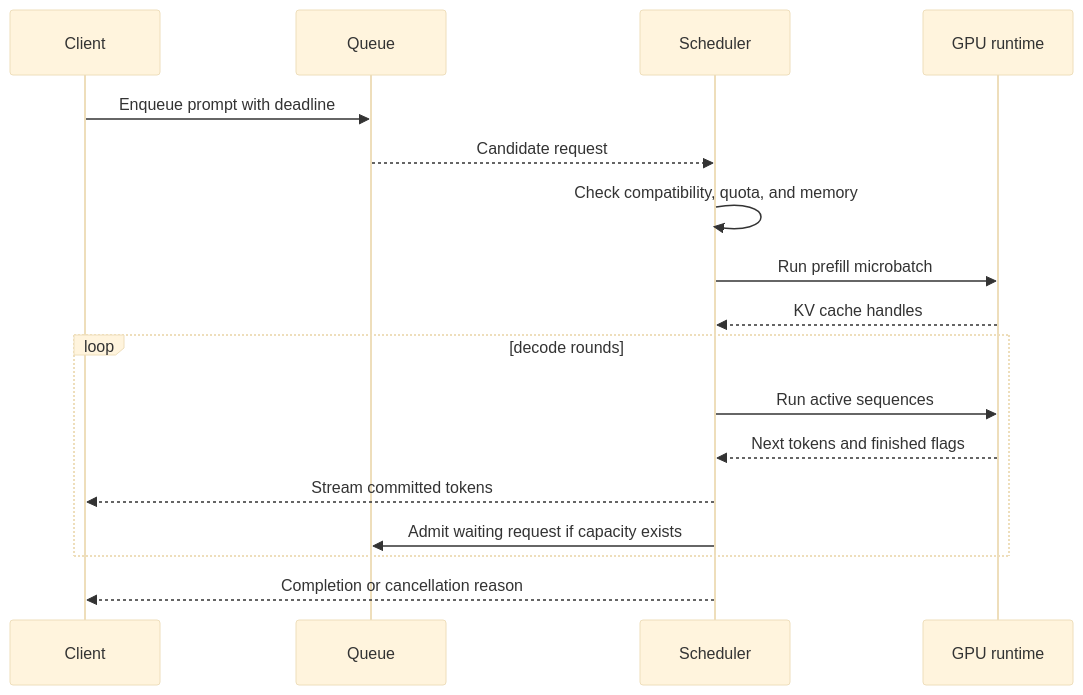
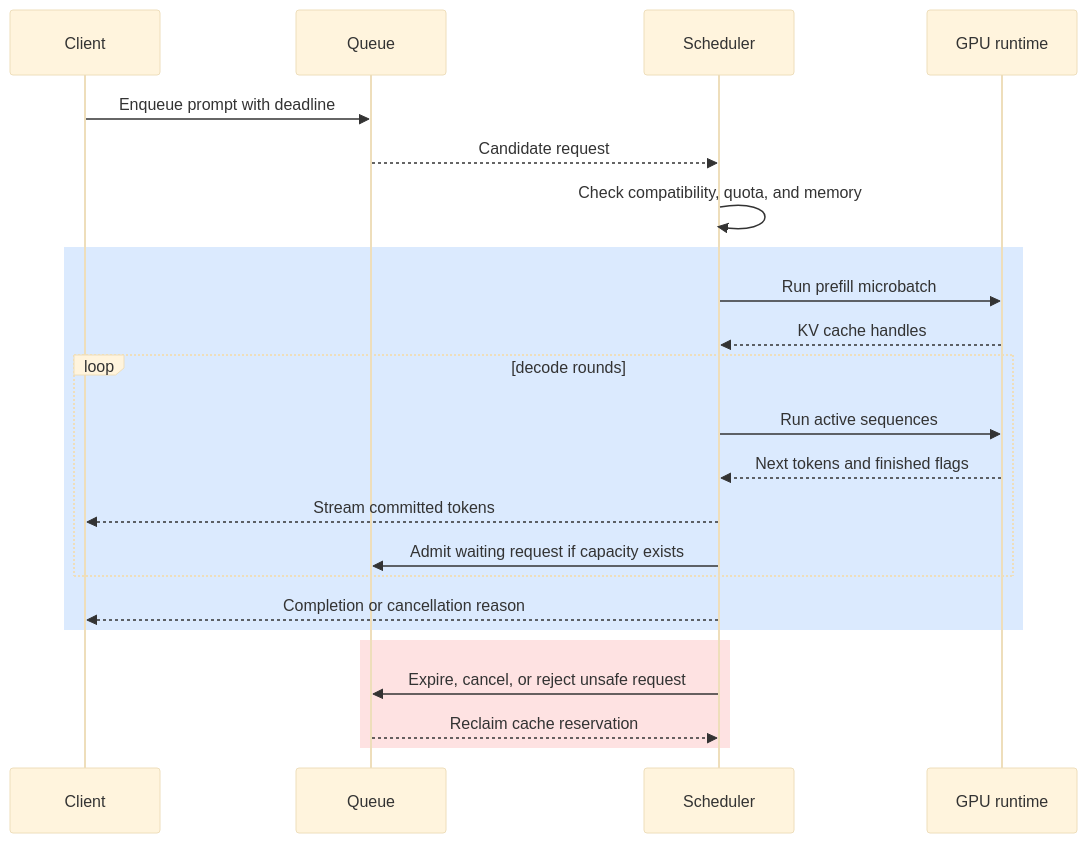
Before and after one commit to souradeepta/ai-monthly-concepts: the second of 2 diagrams in months/2026-07/18-inference-batching.md, drawn with Mermaid (base theme). The commit also changed other lines of this file and 21 other files, not shown here.

````diff
--- a/months/2026-07/18-inference-batching.md
+++ b/months/2026-07/18-inference-batching.md
@@ -59,19 +61,25 @@
 ```mermaid
 sequenceDiagram
   participant U as Client
   participant Q as Queue
   participant S as Scheduler
   participant G as GPU runtime
   U->>Q: Enqueue prompt with deadline
   Q-->>S: Candidate request
   S->>S: Check compatibility, quota, and memory
-  S->>G: Run prefill microbatch
-  G-->>S: KV cache handles
-  loop decode rounds
-    S->>G: Run active sequences
-    G-->>S: Next tokens and finished flags
-    S-->>U: Stream committed tokens
-    S->>Q: Admit waiting request if capacity exists
+  rect rgb(219, 234, 254)
+    S->>G: Run prefill microbatch
+    G-->>S: KV cache handles
+    loop decode rounds
+      S->>G: Run active sequences
+      G-->>S: Next tokens and finished flags
+      S-->>U: Stream committed tokens
+      S->>Q: Admit waiting request if capacity exists
+    end
+    S-->>U: Completion or cancellation reason
   end
-  S-->>U: Completion or cancellation reason
+  rect rgb(254, 226, 226)
+    S->>Q: Expire, cancel, or reject unsafe request
+    Q-->>S: Reclaim cache reservation
+  end
 ```
````
